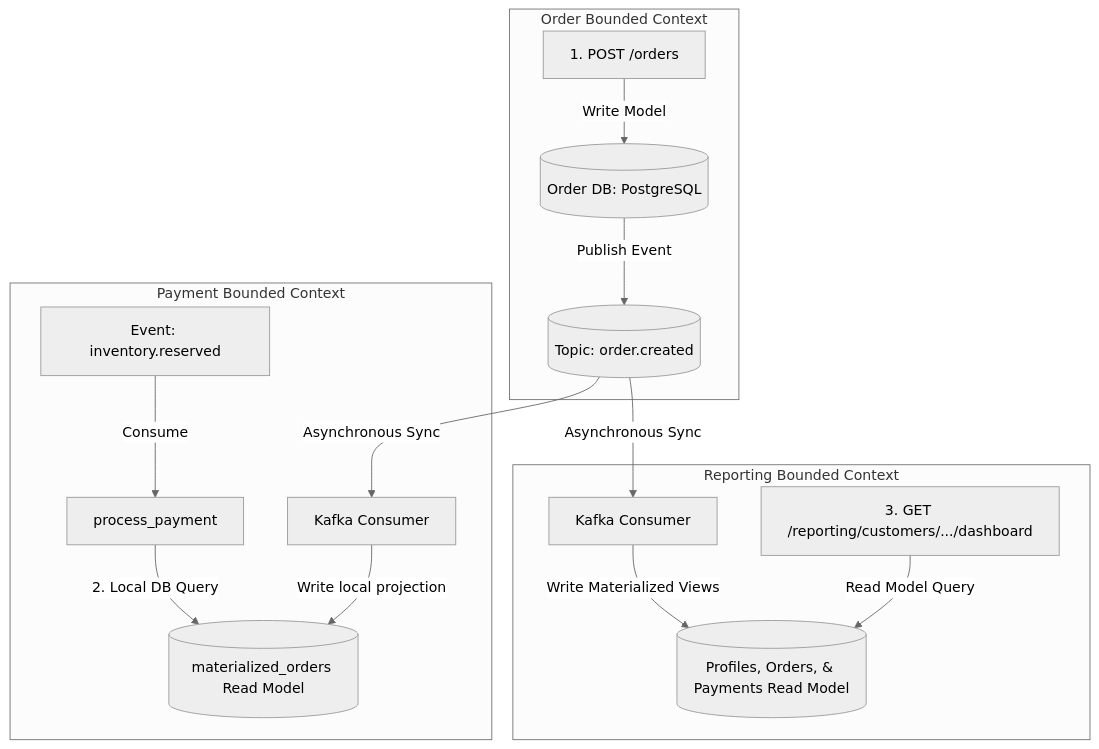
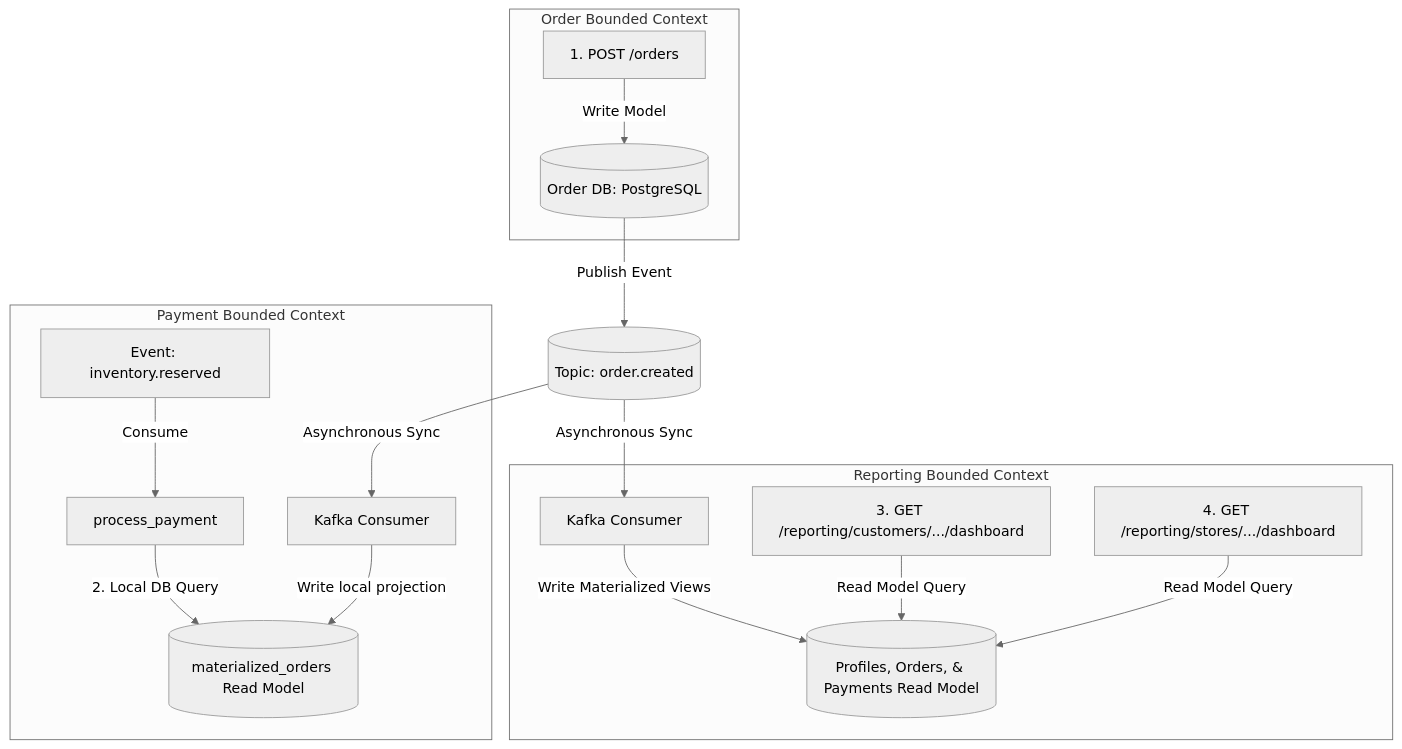
One commit to ahmadabd/system_design changed the second of 3 diagrams in README.md. Above: the diagram before and after it, drawn with Mermaid (neutral theme). The commit also changed other lines of this file and 32 other files, not shown here.

````diff
--- a/README.md
+++ b/README.md
@@ -205,22 +251,28 @@
 ```mermaid
 flowchart TD
+    %% Node Definitions
+    Kafka[("Topic: order.created")]
+
     subgraph Order Context [Order Bounded Context]
         CMD[1. POST /orders] -->|Write Model| OrderDB[("Order DB: PostgreSQL")]
-        OrderDB -->|Publish Event| Kafka[("Topic: order.created")]
     end
 
     subgraph Payment Context [Payment Bounded Context]
-        Kafka -->|Asynchronous Sync| Sub[Kafka Consumer]
-        Sub -->|Write local projection| ReadTable[("materialized_orders Read Model")]
+        Sub[Kafka Consumer] -->|Write local projection| ReadTable[("materialized_orders Read Model")]
         
         InvEvent[Event: inventory.reserved] -->|Consume| PayProc[process_payment]
         PayProc -->|2. Local DB Query| ReadTable
     end
 
     subgraph Reporting Context [Reporting Bounded Context]
-        Kafka -->|Asynchronous Sync| RepSub[Kafka Consumer]
-        RepSub -->|Write Materialized Views| RepTable[("Profiles, Orders, & Payments Read Model")]
+        RepSub[Kafka Consumer] -->|Write Materialized Views| RepTable[("Profiles, Orders, & Payments Read Model")]
         
         QueryCMD[3. GET /reporting/customers/.../dashboard] -->|Read Model Query| RepTable
+        QueryStoreCMD[4. GET /reporting/stores/.../dashboard] -->|Read Model Query| RepTable
     end
+
+    %% Flow Connections
+    OrderDB -->|Publish Event| Kafka
+    Kafka -->|Asynchronous Sync| Sub
+    Kafka -->|Asynchronous Sync| RepSub
 ```
````
